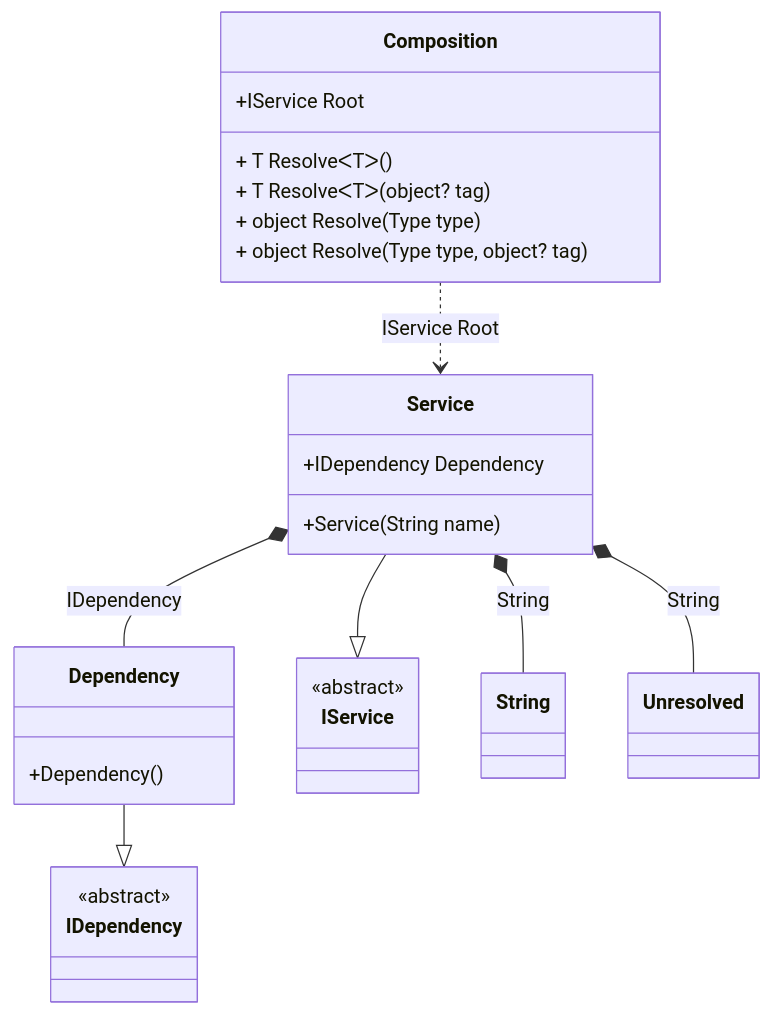
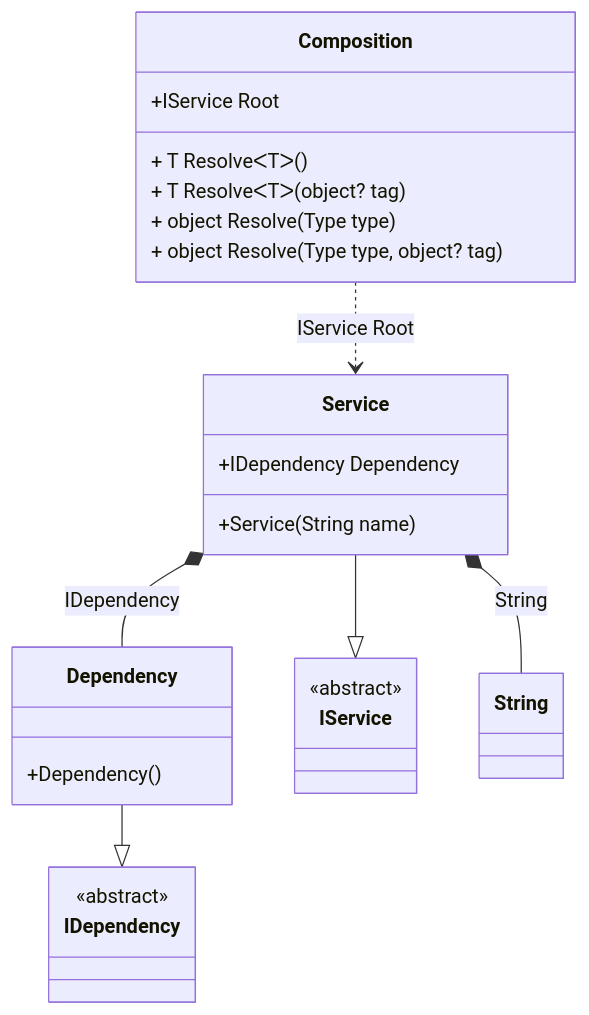
The diagram in readme/default-values.md (DevTeam/Pure.DI), drawn with Mermaid before and after one commit. The commit also changed other lines of this file and 85 other files, not shown here.

````diff
--- a/readme/default-values.md
+++ b/readme/default-values.md
@@ -40,29 +40,28 @@
 ```mermaid
 classDiagram
   class Composition {
     +IService Root
     + T ResolveᐸTᐳ()
     + T ResolveᐸTᐳ(object? tag)
     + object Resolve(Type type)
     + object Resolve(Type type, object? tag)
   }
   Dependency --|> IDependency : 
   class Dependency {
     +Dependency()
   }
   Service --|> IService : 
   class Service {
     +Service(String name)
     +IDependency Dependency
   }
   class IDependency {
     <<abstract>>
   }
   class IService {
     <<abstract>>
   }
   Service *--  String : String
-  Service *--  Unresolved : String
   Service *--  Dependency : IDependency
   Composition ..> Service : IService Root
 ```
````
